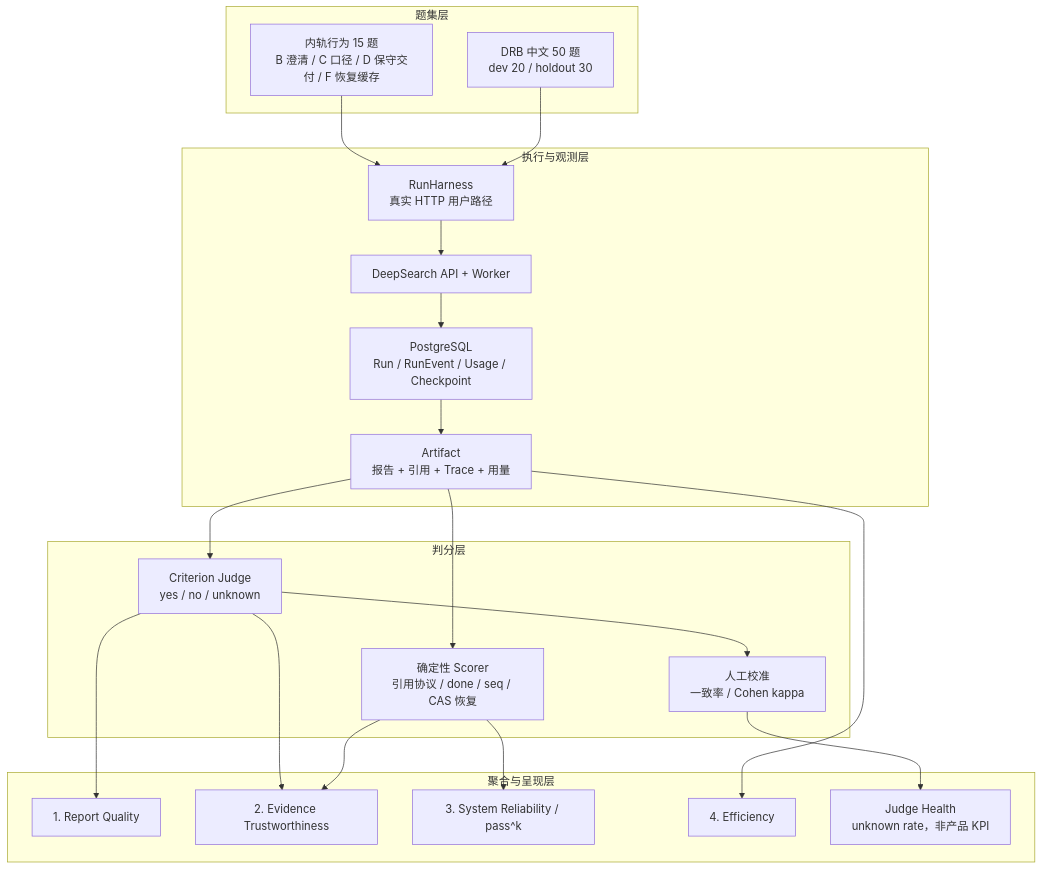
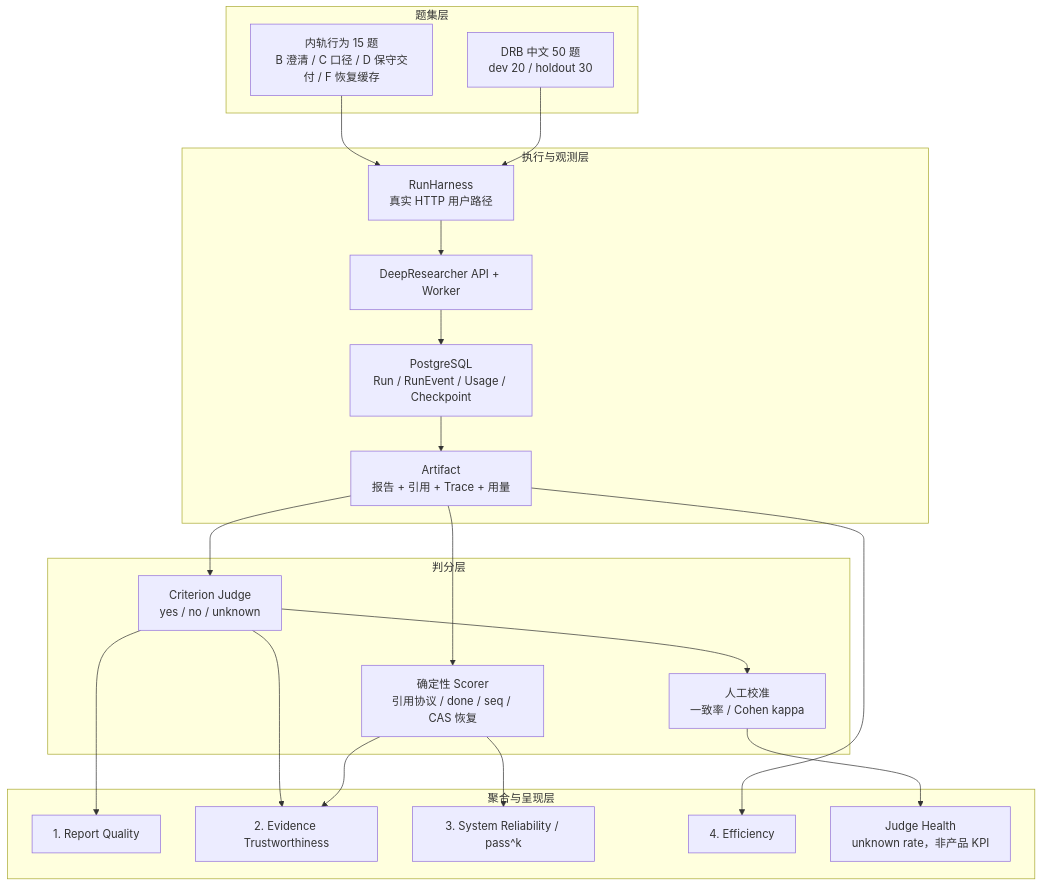
One commit to Zi-Lan-Cui/DeepResearcher changed the diagram in evals/README.md. Above: the diagram before and after it, drawn with Mermaid. The commit also changed other lines of this file and 324 other files, not shown here.

````diff
--- a/evals/README.md
+++ b/evals/README.md
@@ -108,41 +108,41 @@
 ```mermaid
 flowchart TB
     subgraph D[题集层]
         D1["DRB 中文 50 题<br/>dev 20 / holdout 30"]
         D2["内轨行为 15 题<br/>B 澄清 / C 口径 / D 保守交付 / F 恢复缓存"]
     end
 
     subgraph X[执行与观测层]
         X1["RunHarness<br/>真实 HTTP 用户路径"]
-        X2["DeepSearch API + Worker"]
+        X2["DeepResearcher API + Worker"]
         X3["PostgreSQL<br/>Run / RunEvent / Usage / Checkpoint"]
         X4["Artifact<br/>报告 + 引用 + Trace + 用量"]
     end
 
     subgraph S[判分层]
         S1["确定性 Scorer<br/>引用协议 / done / seq / CAS 恢复"]
         S2["Criterion Judge<br/>yes / no / unknown"]
         S3["人工校准<br/>一致率 / Cohen kappa"]
     end
 
     subgraph A[聚合与呈现层]
         A1["1. Report Quality"]
         A2["2. Evidence Trustworthiness"]
         A3["3. System Reliability / pass^k"]
         A4["4. Efficiency"]
         AH["Judge Health<br/>unknown rate，非产品 KPI"]
     end
 
     D1 --> X1
     D2 --> X1
     X1 --> X2 --> X3 --> X4
     X4 --> S1
     X4 --> S2
     S2 --> S3
     S1 --> A2
     S1 --> A3
     S2 --> A1
     S2 --> A2
     X4 --> A4
     S3 --> AH
 ```
````
